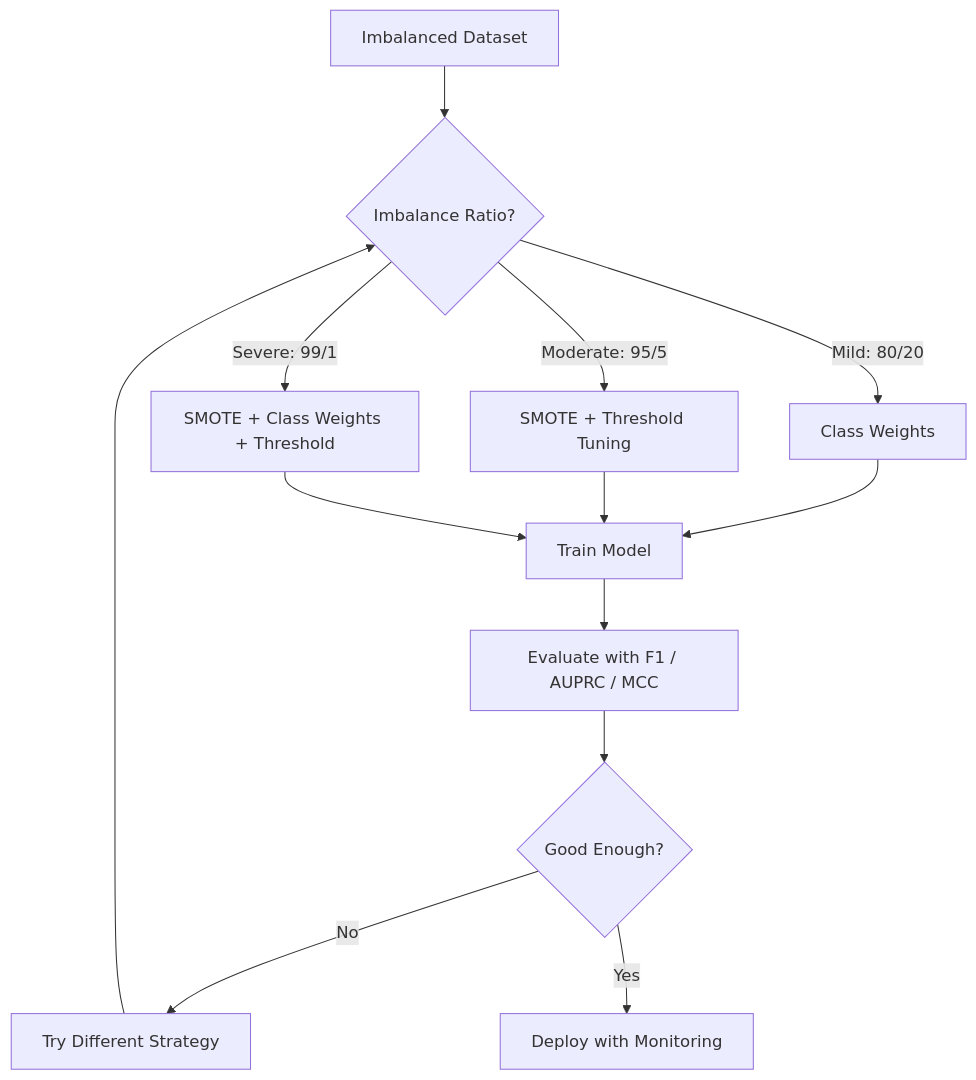
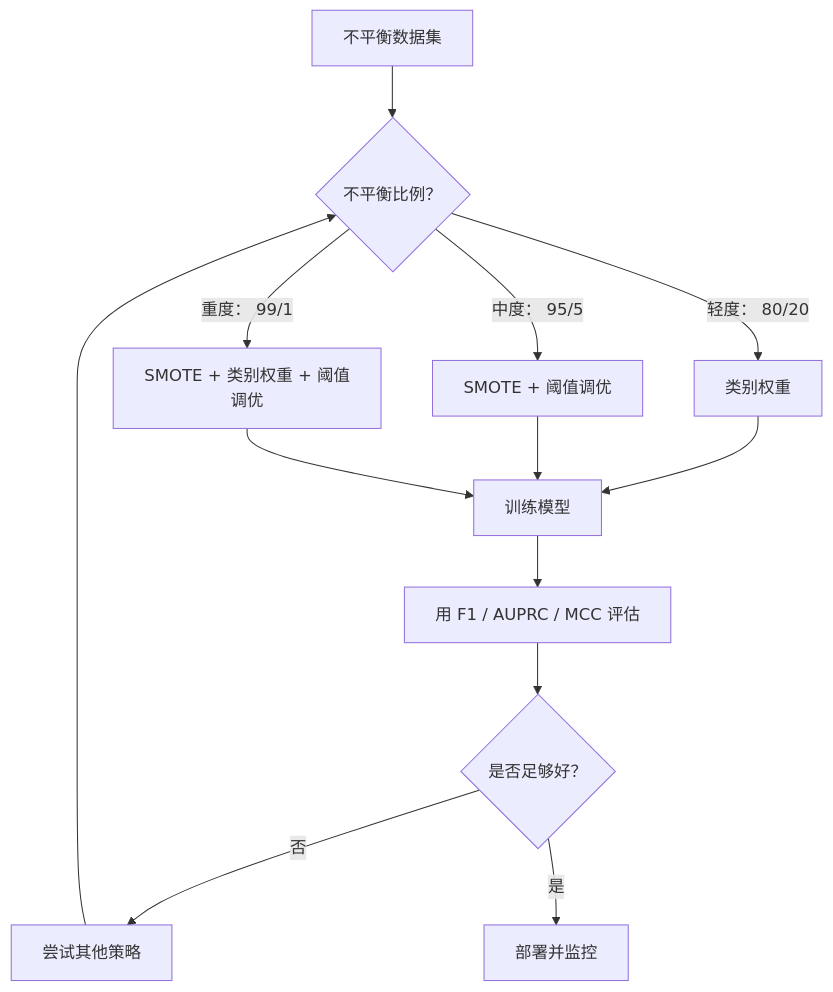
The first of 4 diagrams in content/translations/practice/02-ml-fundamentals/17-imbalanced-data/zh.md (huangyue12120/Learning-Atlas), drawn with Mermaid before and after one commit. The commit also changed other lines of this file and 24 other files, not shown here.

Commit message:
fix(reader): localize Mermaid in source content

````diff
--- a/content/translations/practice/02-ml-fundamentals/17-imbalanced-data/zh.md
+++ b/content/translations/practice/02-ml-fundamentals/17-imbalanced-data/zh.md
@@ -65,15 +65,15 @@
 ```mermaid
 flowchart TD
-    A[Imbalanced Dataset] --> B{Imbalance Ratio?}
-    B -->|Mild: 80/20| C[Class Weights]
-    B -->|Moderate: 95/5| D[SMOTE + Threshold Tuning]
-    B -->|Severe: 99/1| E[SMOTE + Class Weights + Threshold]
-    C --> F[Train Model]
+    A[不平衡数据集] --> B{不平衡比例？}
+    B -->|轻度： 80/20| C[类别权重]
+    B -->|中度： 95/5| D[SMOTE + 阈值调优]
+    B -->|重度： 99/1| E[SMOTE + 类别权重 + 阈值调优]
+    C --> F[训练模型]
     D --> F
     E --> F
-    F --> G[Evaluate with F1 / AUPRC / MCC]
-    G --> H{Good Enough?}
-    H -->|No| I[Try Different Strategy]
-    H -->|Yes| J[Deploy with Monitoring]
+    F --> G[用 F1 / AUPRC / MCC 评估]
+    G --> H{是否足够好？}
+    H -->|否| I[尝试其他策略]
+    H -->|是| J[部署并监控]
     I --> B
 ```
````
